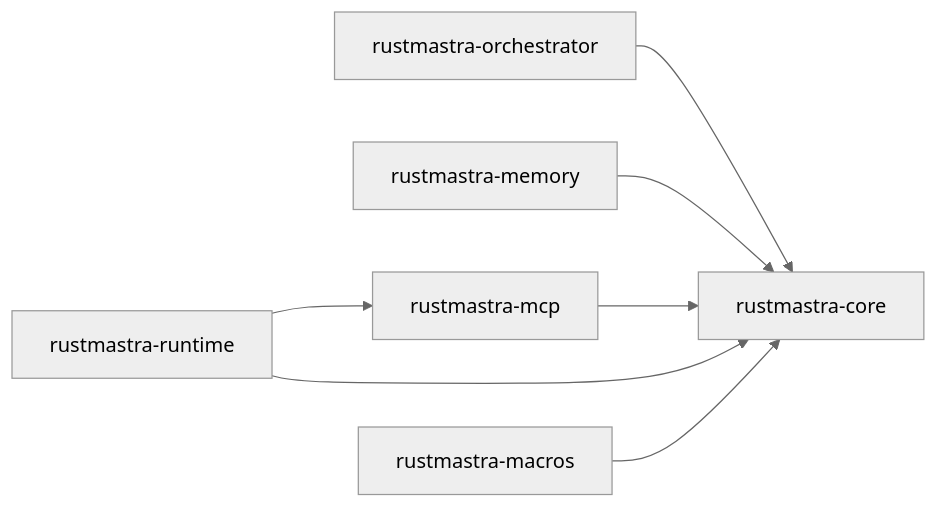
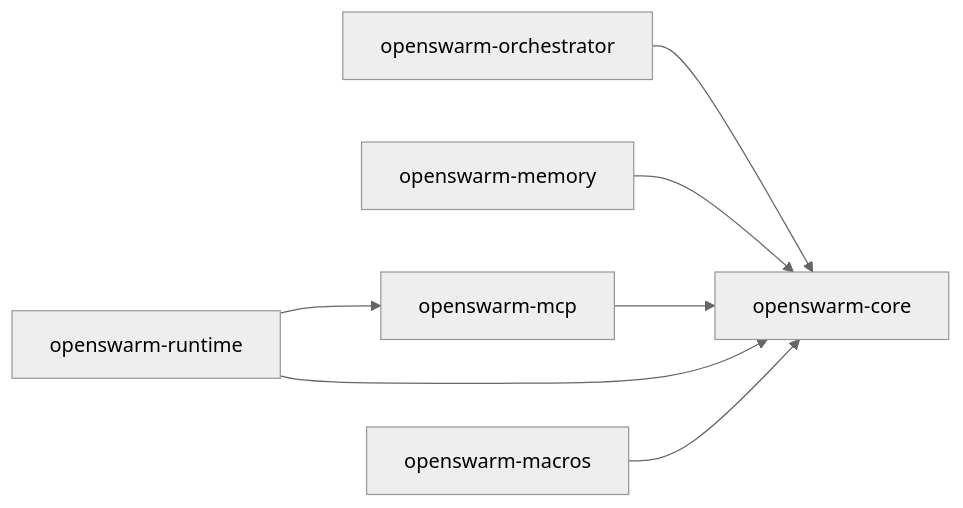
The diagram in documentation/HOW-IT-WORKS.md (Van-Nice/van-swarm), drawn with Mermaid (neutral theme) before and after one commit. The commit also changed other lines of this file and 80 other files, not shown here.

````diff
--- a/documentation/HOW-IT-WORKS.md
+++ b/documentation/HOW-IT-WORKS.md
@@ -11,16 +11,16 @@
 ```mermaid
 flowchart LR
-  core["rustmastra-core"]
-  macros["rustmastra-macros"]
-  mcp["rustmastra-mcp"]
-  memory["rustmastra-memory"]
-  orchestrator["rustmastra-orchestrator"]
-  runtime["rustmastra-runtime"]
+  core["openswarm-core"]
+  macros["openswarm-macros"]
+  mcp["openswarm-mcp"]
+  memory["openswarm-memory"]
+  orchestrator["openswarm-orchestrator"]
+  runtime["openswarm-runtime"]
 
   orchestrator --> core
   memory --> core
   mcp --> core
   runtime --> core
   runtime --> mcp
   macros --> core
 ```
````
